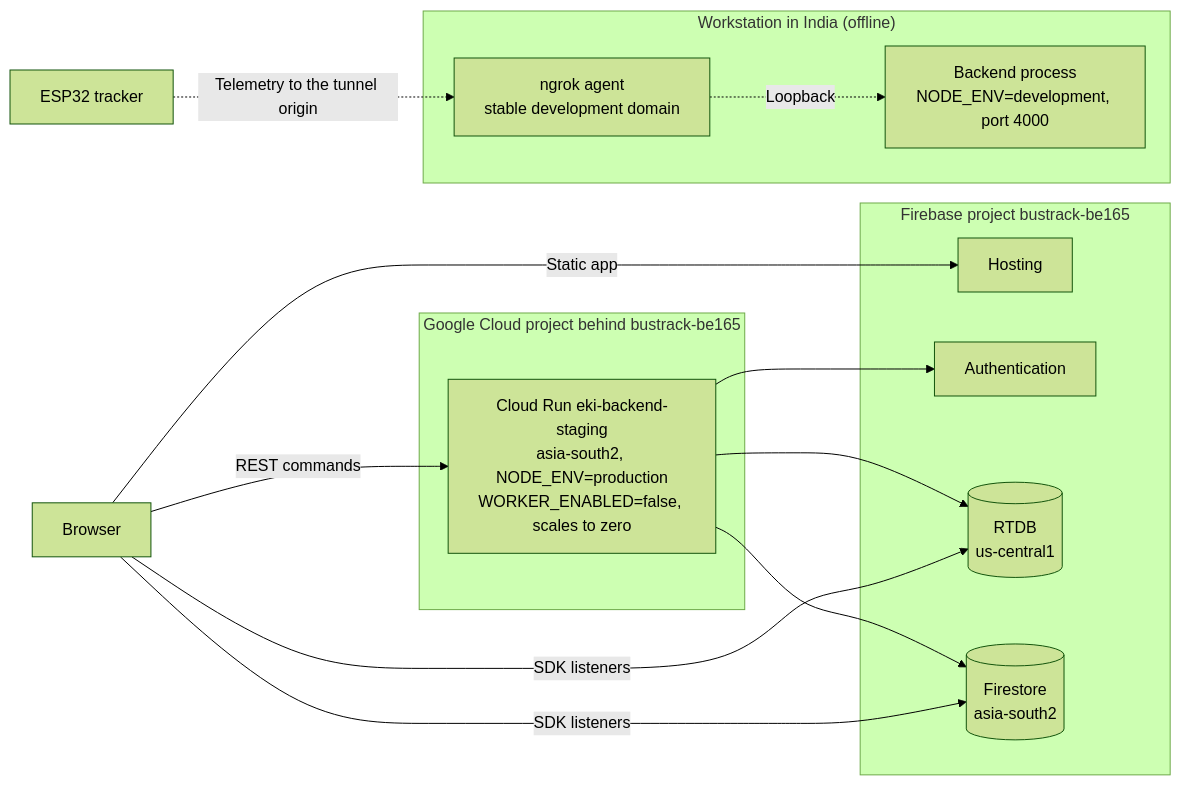
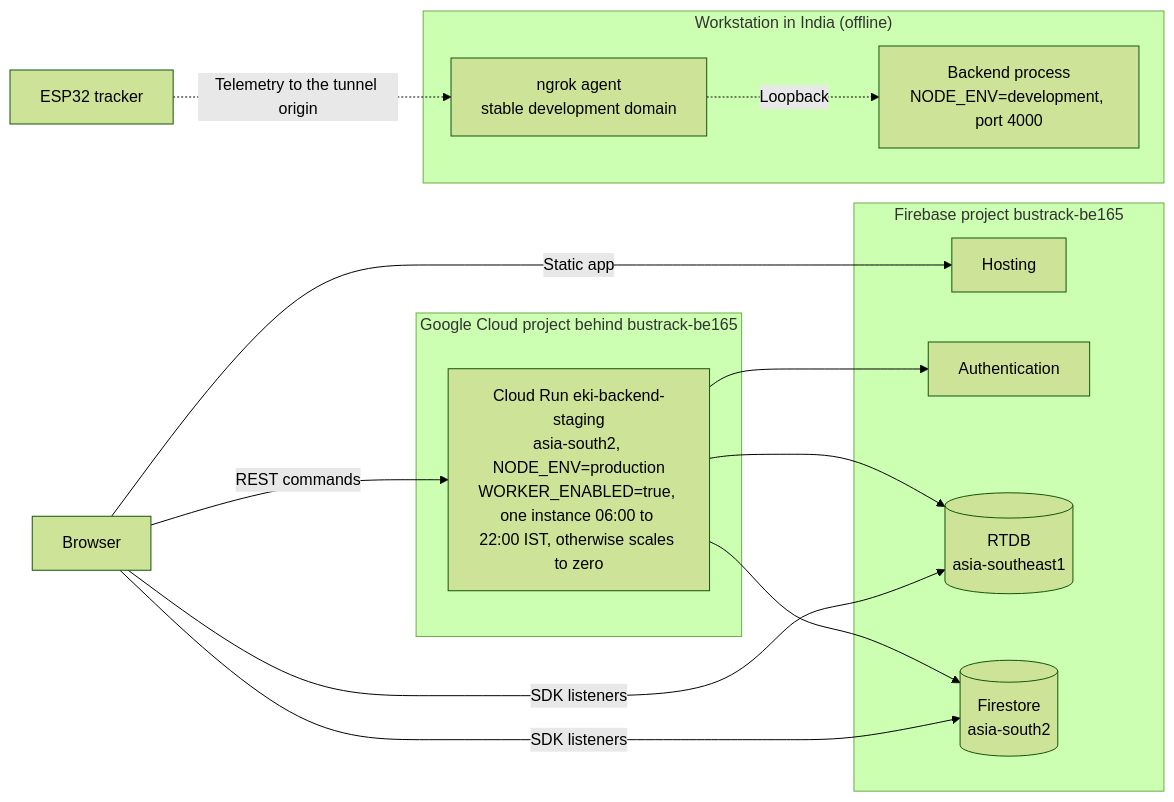
One commit to notnamansinha/Eki changed the third of 6 diagrams in docs/design/ARCHITECTURE.md. Above: the diagram before and after it, drawn with Mermaid (forest theme). The commit also changed other lines of this file and 3 other files, not shown here.

First line of the commit message:
docs: reconcile RTDB region and worker statements after the Cloud Run move

````diff
--- a/docs/design/ARCHITECTURE.md
+++ b/docs/design/ARCHITECTURE.md
@@ -133,27 +133,27 @@
 ```mermaid
 flowchart LR
     phone["Browser"]
     esp["ESP32 tracker"]
     subgraph gcp["Google Cloud project behind bustrack-be165"]
-        run["Cloud Run eki-backend-staging<br/>asia-south2, NODE_ENV=production<br/>WORKER_ENABLED=false, scales to zero"]
+        run["Cloud Run eki-backend-staging<br/>asia-south2, NODE_ENV=production<br/>WORKER_ENABLED=true, one instance 06:00 to 22:00 IST, otherwise scales to zero"]
     end
     subgraph ws["Workstation in India (offline)"]
         ngrok["ngrok agent<br/>stable development domain"]
         proc1["Backend process<br/>NODE_ENV=development, port 4000"]
     end
     subgraph fb["Firebase project bustrack-be165"]
         host["Hosting"]
         authn["Authentication"]
-        db1[("RTDB<br/>us-central1")]
+        db1[("RTDB<br/>asia-southeast1")]
         db2[("Firestore<br/>asia-south2")]
     end
     phone -->|"Static app"| host
     phone -->|"REST commands"| run
     esp -.->|"Telemetry to the tunnel origin"| ngrok
     ngrok -.->|"Loopback"| proc1
     run --> authn
     run --> db1
     run --> db2
     phone -->|"SDK listeners"| db1
     phone -->|"SDK listeners"| db2
 ```
````
